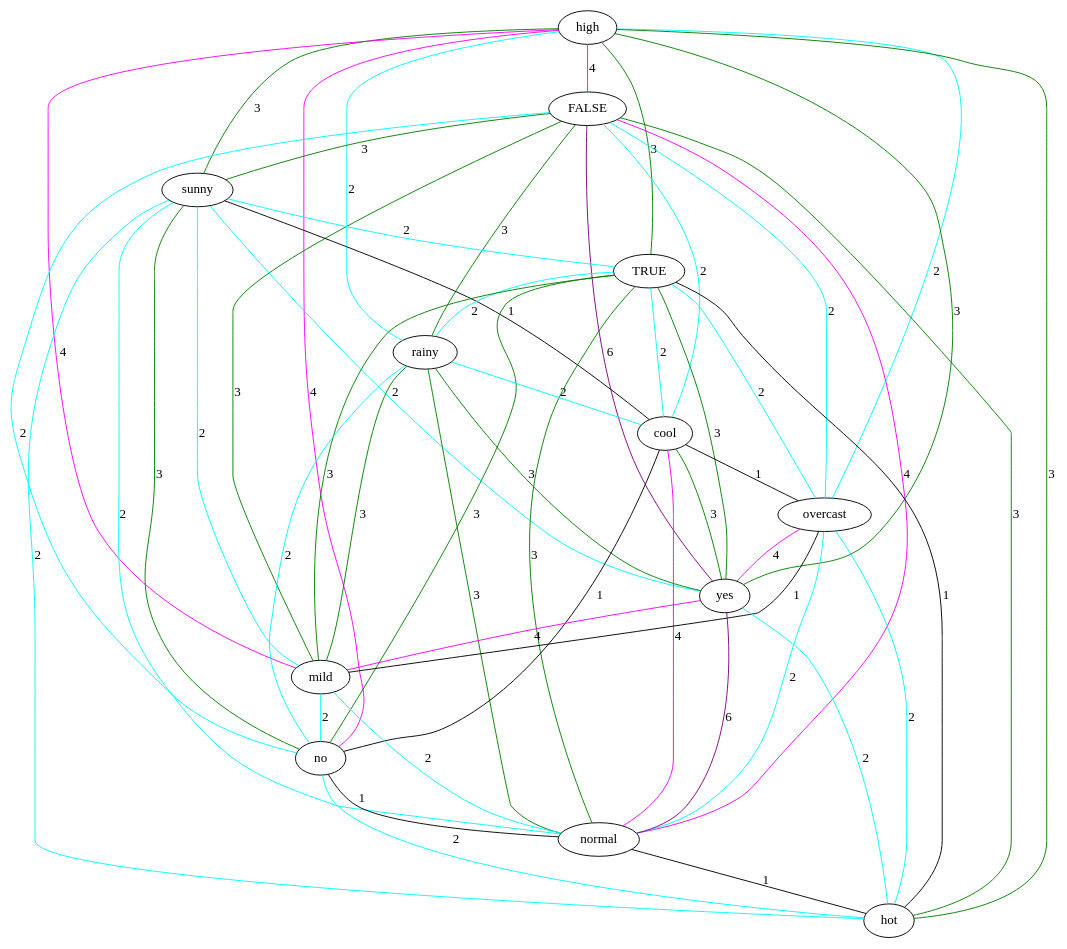
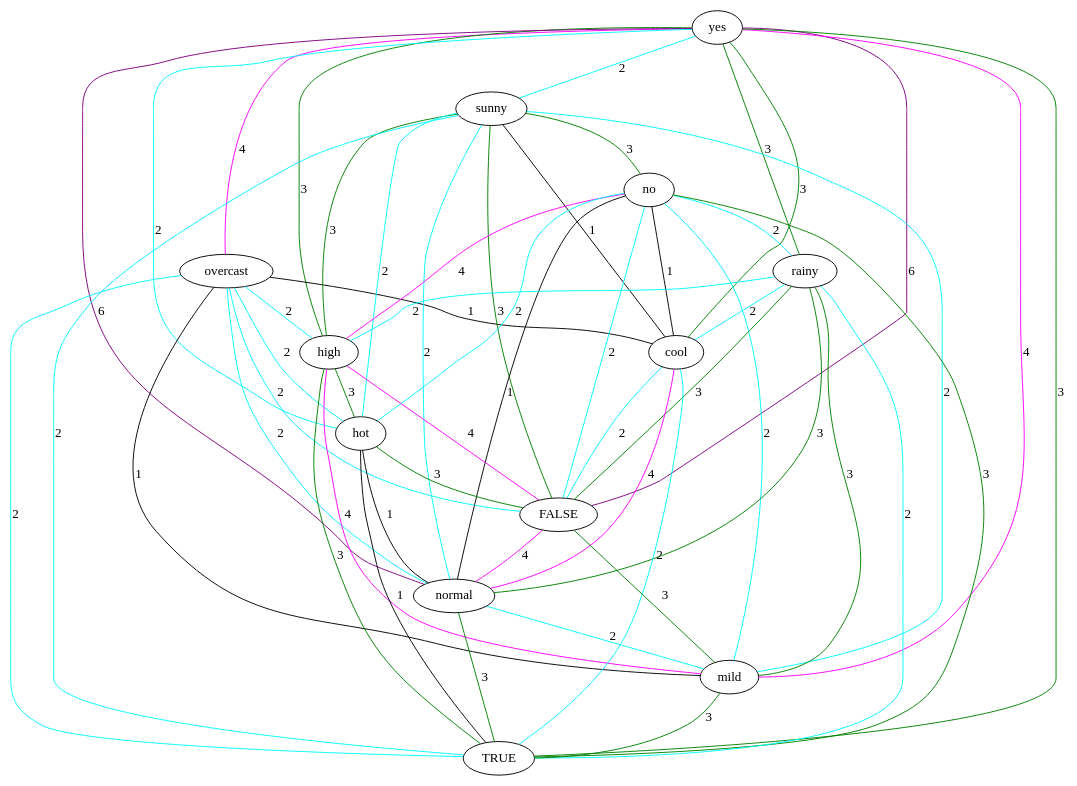
One commit to lrodrin/TFG changed the diagram in src/final/linearGraph.dot. Above: the diagram before and after it, drawn with Graphviz. The commit also changed 6 other files, not shown here.

Commit message:
solucionat l'error que dónava a la creació del linear graph. acabats planar i linear grafs.

```diff
--- a/src/final/linearGraph.dot
+++ b/src/final/linearGraph.dot
@@ -1,68 +1,68 @@
 strict graph "" {
+yes;
+overcast;
+sunny;
+no;
+rainy;
 high;
+hot;
+cool;
 FALSE;
-sunny;
+normal;
+mild;
 TRUE;
-rainy;
-cool;
-overcast;
-yes;
-mild;
-no;
-normal;
-hot;
-high -- FALSE  [color=magenta, label=4];
-high -- overcast  [color=cyan, label=2];
-high -- rainy  [color=cyan, label=2];
-high -- mild  [color=magenta, label=4];
-high -- no  [color=magenta, label=4];
-high -- TRUE  [color=green, label=3];
-high -- sunny  [color=green, label=3];
-high -- hot  [color=green, label=3];
-high -- yes  [color=green, label=3];
-FALSE -- rainy  [color=green, label=3];
-FALSE -- hot  [color=green, label=3];
-FALSE -- mild  [color=green, label=3];
-FALSE -- no  [color=cyan, label=2];
-FALSE -- sunny  [color=green, label=3];
-FALSE -- normal  [color=magenta, label=4];
-FALSE -- cool  [color=cyan, label=2];
-FALSE -- overcast  [color=cyan, label=2];
-FALSE -- yes  [color=purple, label=6];
+yes -- sunny  [color=cyan, label=2];
+yes -- hot  [color=cyan, label=2];
+yes -- overcast  [color=magenta, label=4];
+yes -- FALSE  [color=purple, label=6];
+yes -- normal  [color=purple, label=6];
+yes -- cool  [color=green, label=3];
+yes -- mild  [color=magenta, label=4];
+yes -- high  [color=green, label=3];
+yes -- rainy  [color=green, label=3];
+yes -- TRUE  [color=green, label=3];
+overcast -- hot  [color=cyan, label=2];
+overcast -- cool  [color=black, label=1];
+overcast -- FALSE  [color=cyan, label=2];
+overcast -- normal  [color=cyan, label=2];
+overcast -- mild  [color=black, label=1];
+overcast -- high  [color=cyan, label=2];
+overcast -- TRUE  [color=cyan, label=2];
+sunny -- hot  [color=cyan, label=2];
+sunny -- TRUE  [color=cyan, label=2];
+sunny -- FALSE  [color=green, label=3];
 sunny -- normal  [color=cyan, label=2];
 sunny -- mild  [color=cyan, label=2];
-sunny -- TRUE  [color=cyan, label=2];
+sunny -- high  [color=green, label=3];
+sunny -- cool  [color=black, label=1];
 sunny -- no  [color=green, label=3];
-sunny -- cool  [color=black, label=1];
-sunny -- hot  [color=cyan, label=2];
-sunny -- yes  [color=cyan, label=2];
-TRUE -- overcast  [color=cyan, label=2];
-TRUE -- normal  [color=green, label=3];
-TRUE -- hot  [color=black, label=1];
-TRUE -- mild  [color=green, label=3];
-TRUE -- no  [color=green, label=3];
-TRUE -- cool  [color=cyan, label=2];
-TRUE -- rainy  [color=cyan, label=2];
-TRUE -- yes  [color=green, label=3];
-rainy -- mild  [color=green, label=3];
-rainy -- no  [color=cyan, label=2];
-rainy -- normal  [color=green, label=3];
-rainy -- cool  [color=cyan, label=2];
-rainy -- yes  [color=green, label=3];
-cool -- overcast  [color=black, label=1];
-cool -- no  [color=black, label=1];
-cool -- normal  [color=magenta, label=4];
-cool -- yes  [color=green, label=3];
-overcast -- mild  [color=black, label=1];
-overcast -- hot  [color=cyan, label=2];
-overcast -- normal  [color=cyan, label=2];
-overcast -- yes  [color=magenta, label=4];
-yes -- normal  [color=purple, label=6];
-yes -- mild  [color=magenta, label=4];
-yes -- hot  [color=cyan, label=2];
-mild -- no  [color=cyan, label=2];
-mild -- normal  [color=cyan, label=2];
 no -- normal  [color=black, label=1];
 no -- hot  [color=cyan, label=2];
-normal -- hot  [color=black, label=1];
+no -- TRUE  [color=green, label=3];
+no -- FALSE  [color=cyan, label=2];
+no -- cool  [color=black, label=1];
+no -- mild  [color=cyan, label=2];
+no -- high  [color=magenta, label=4];
+no -- rainy  [color=cyan, label=2];
+rainy -- cool  [color=cyan, label=2];
+rainy -- FALSE  [color=green, label=3];
+rainy -- mild  [color=green, label=3];
+rainy -- high  [color=cyan, label=2];
+rainy -- normal  [color=green, label=3];
+rainy -- TRUE  [color=cyan, label=2];
+high -- hot  [color=green, label=3];
+high -- FALSE  [color=magenta, label=4];
+high -- mild  [color=magenta, label=4];
+high -- TRUE  [color=green, label=3];
+hot -- TRUE  [color=black, label=1];
+hot -- FALSE  [color=green, label=3];
+hot -- normal  [color=black, label=1];
+cool -- FALSE  [color=cyan, label=2];
+cool -- TRUE  [color=cyan, label=2];
+cool -- normal  [color=magenta, label=4];
+FALSE -- normal  [color=magenta, label=4];
+FALSE -- mild  [color=green, label=3];
+normal -- mild  [color=cyan, label=2];
+normal -- TRUE  [color=green, label=3];
+mild -- TRUE  [color=green, label=3];
 }
```
